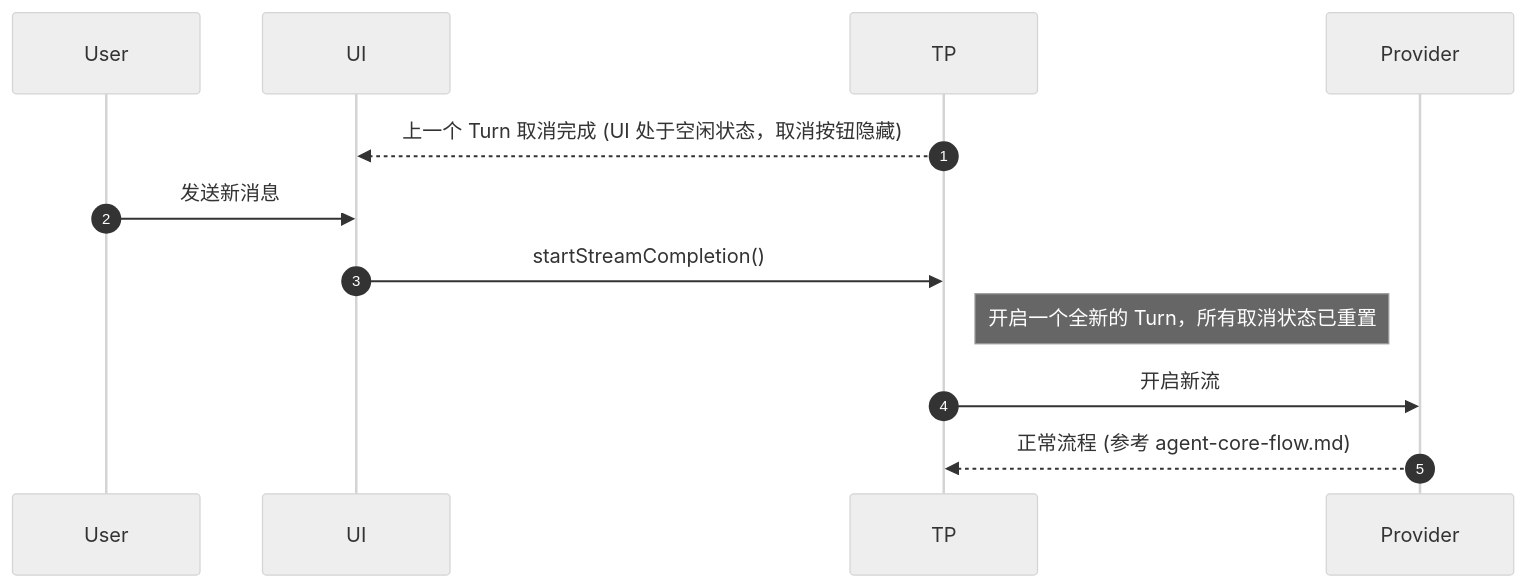
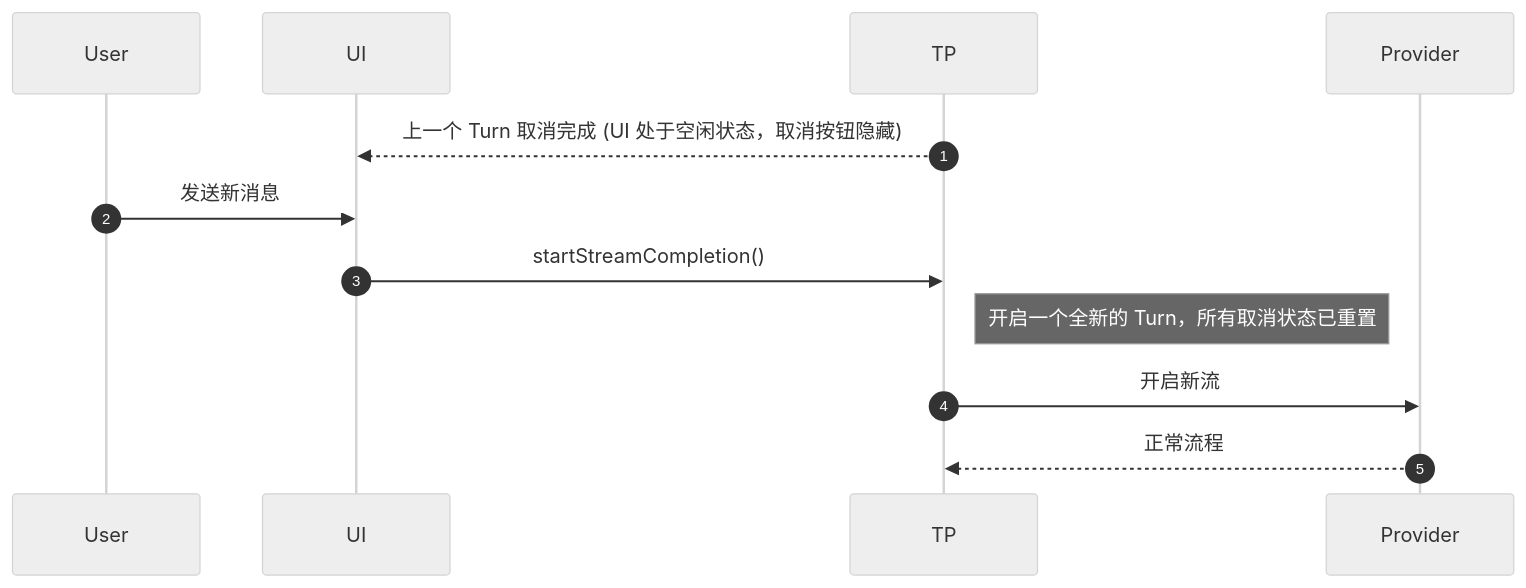
The seventh of 7 diagrams in docs_agent/workflows/cancellation.md (neoragex2002/deepchat), drawn with Mermaid (neutral theme) before and after one commit. The commit also changed other lines of this file and 7 other files, not shown here.

````diff
--- a/docs_agent/workflows/cancellation.md
+++ b/docs_agent/workflows/cancellation.md
@@ -375,16 +382,16 @@
     ```mermaid
     sequenceDiagram
       autonumber
       participant User
       participant UI
       participant TP
       participant Provider
 
       TP-->>UI: 上一个 Turn 取消完成 (UI 处于空闲状态，取消按钮隐藏)
       
       User->>UI: 发送新消息
       UI->>TP: startStreamCompletion()
       note right of TP: 开启一个全新的 Turn，所有取消状态已重置
       TP->>Provider: 开启新流
-      Provider-->>TP: 正常流程 (参考 agent-core-flow.md)
+      Provider-->>TP: 正常流程
     ```
````
